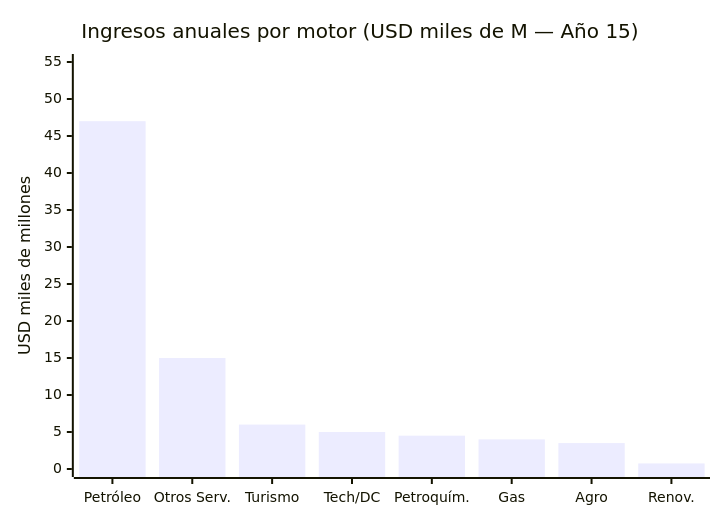
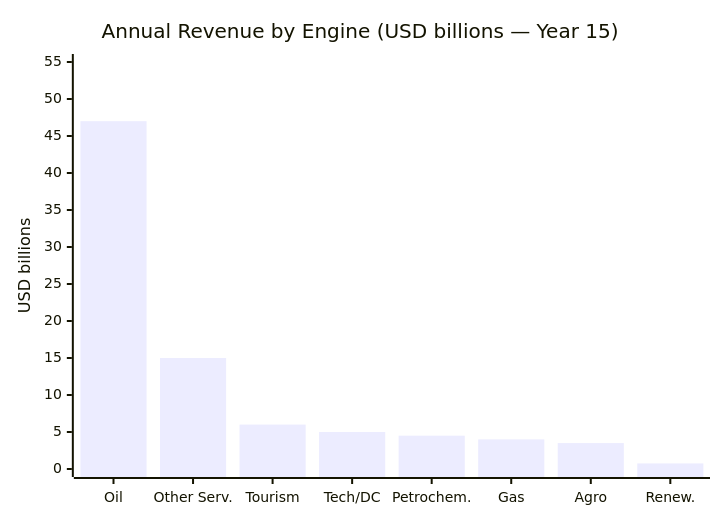
The second of 3 diagrams in i18n/en/docusaurus-plugin-content-docs/current/05-transformacion/diversificacion.md (Venezuela-S-A/venezuela-sa), drawn with Mermaid before and after one commit. The commit also changed other lines of this file and 127 other files, not shown here.

````diff
--- a/i18n/en/docusaurus-plugin-content-docs/current/05-transformacion/diversificacion.md
+++ b/i18n/en/docusaurus-plugin-content-docs/current/05-transformacion/diversificacion.md
@@ -125,7 +125,7 @@
 ```mermaid
 xychart-beta
-    title "Ingresos anuales por motor (USD miles de M — Año 15)"
-    x-axis ["Petróleo", "Otros Serv.", "Turismo", "Tech/DC", "Petroquím.", "Gas", "Agro", "Renov."]
-    y-axis "USD miles de millones" 0 --> 55
+    title "Annual Revenue by Engine (USD billions — Year 15)"
+    x-axis ["Oil", "Other Serv.", "Tourism", "Tech/DC", "Petrochem.", "Gas", "Agro", "Renew."]
+    y-axis "USD billions" 0 --> 55
     bar [47, 15, 6, 5, 4.5, 4, 3.5, 0.75]
 ```
````
